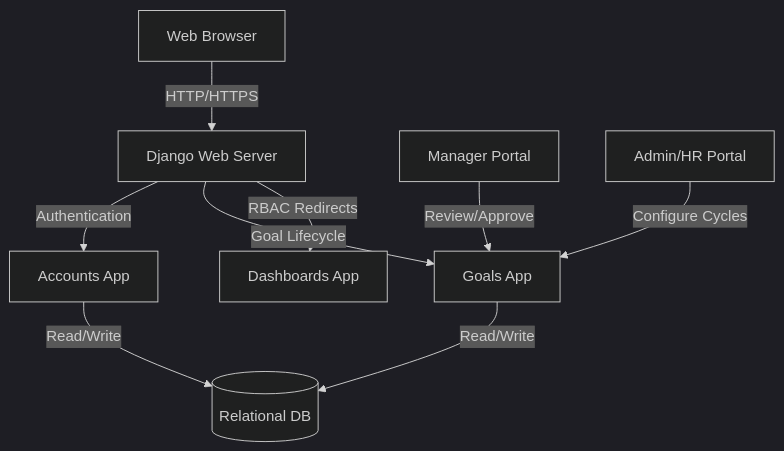
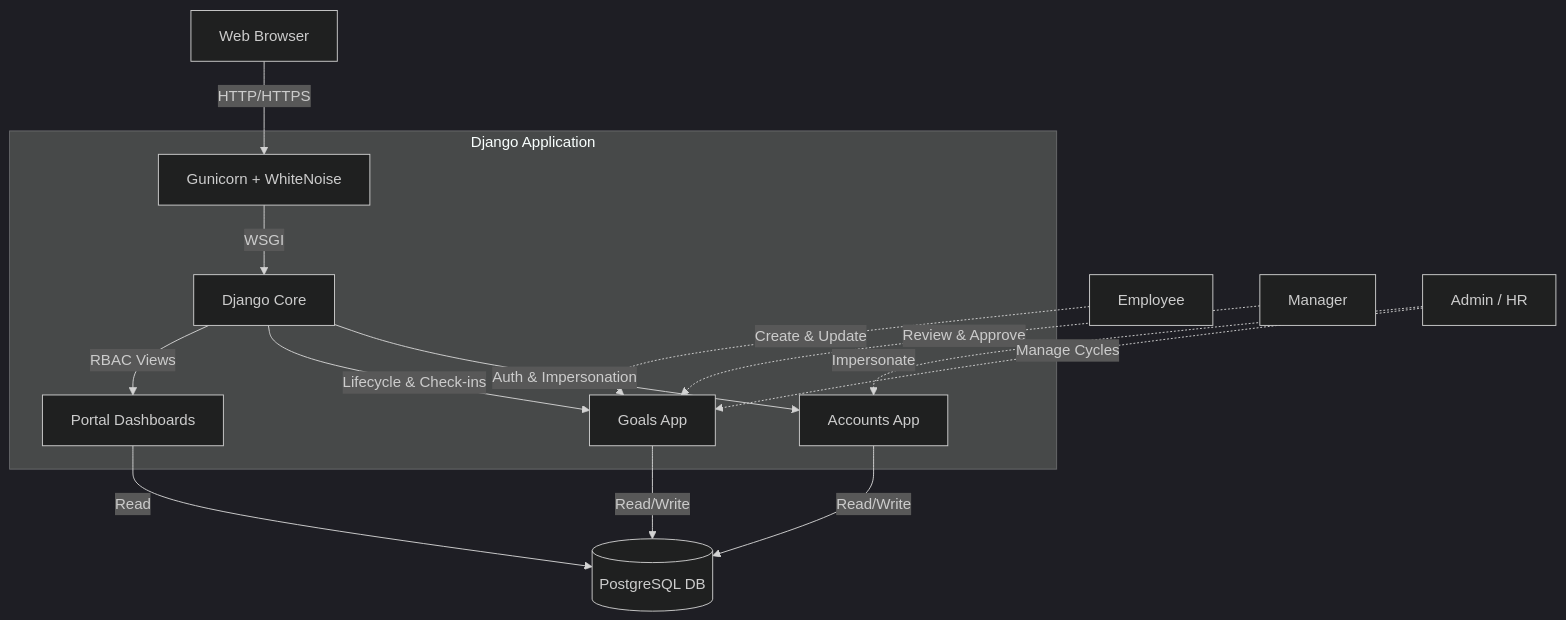
Before and after one commit to kashish2210/goal-portal: the diagram in README.md, drawn with Mermaid (dark theme). The commit also changed other lines of this file, not shown here.

````diff
--- a/README.md
+++ b/README.md
@@ -13,13 +26,21 @@
 ```mermaid
 graph TD
-    Client[Web Browser] --> |HTTP/HTTPS| Server[Django Web Server]
-    Server --> |Authentication| Auth[Accounts App]
-    Server --> |Goal Lifecycle| Goals[Goals App]
-    Server --> |RBAC Redirects| Dashboards[Dashboards App]
+    Client[Web Browser] --> |HTTP/HTTPS| Gunicorn[Gunicorn + WhiteNoise]
     
-    Goals --> |Read/Write| DB[(Relational DB)]
-    Auth --> |Read/Write| DB
+    subgraph Django Application
+        Gunicorn --> |WSGI| Server[Django Core]
+        Server --> |Auth & Impersonation| Auth[Accounts App]
+        Server --> |Lifecycle & Check-ins| Goals[Goals App]
+        Server --> |RBAC Views| Dashboards[Portal Dashboards]
+    end
     
-    Manager[Manager Portal] --> |Review/Approve| Goals
-    Admin[Admin/HR Portal] --> |Configure Cycles| Goals
+    Goals --> |Read/Write| Postgres[(PostgreSQL DB)]
+    Auth --> |Read/Write| Postgres
+    Dashboards --> |Read| Postgres
+    
+    %% Role Interactions
+    Employee[Employee] -.-> |Create & Update| Goals
+    Manager[Manager] -.-> |Review & Approve| Goals
+    AdminHR[Admin / HR] -.-> |Manage Cycles| Goals
+    AdminHR -.-> |Impersonate| Auth
 ```
````
